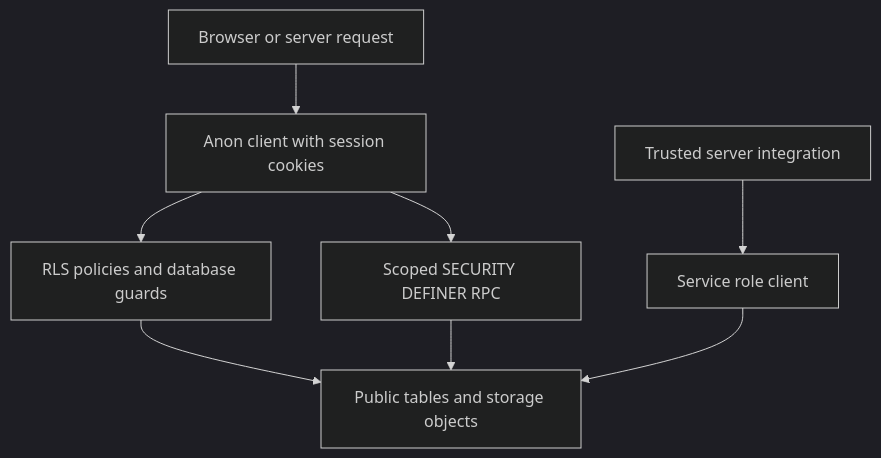
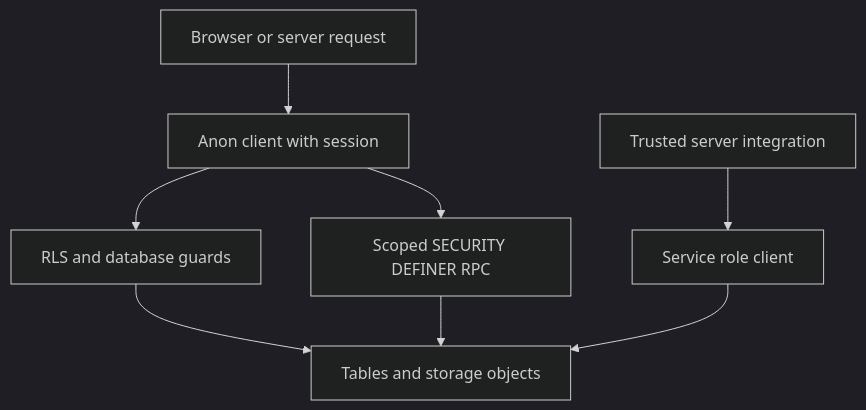
One commit to Schneider-Gr/industria24hIA changed the first of 3 diagrams in openwiki/architecture/data-access-security-and-schema-evolution.md. Above: the diagram before and after it, drawn with Mermaid (dark theme). The commit also changed other lines of this file and 28 other files, not shown here.

````diff
--- a/openwiki/architecture/data-access-security-and-schema-evolution.md
+++ b/openwiki/architecture/data-access-security-and-schema-evolution.md
@@ -76,10 +86,10 @@
 ```mermaid
 flowchart TD
-  Browser["Browser or server request"] --> Session["Anon client with session cookies"]
-  Session --> RLS["RLS policies and database guards"]
-  RLS --> Tables["Public tables and storage objects"]
-  ServerJob["Trusted server integration"] --> Service["Service role client"]
-  Service --> Tables
-  Session --> RPC["Scoped SECURITY DEFINER RPC"]
-  RPC --> Tables
+  User["Browser or server request"] --> Session["Anon client with session"]
+  Session --> RLS["RLS and database guards"]
+  RLS --> Data["Tables and storage objects"]
+  Trusted["Trusted server integration"] --> Service["Service role client"]
+  Service --> Data
+  Session --> Rpc["Scoped SECURITY DEFINER RPC"]
+  Rpc --> Data
 ```
````
